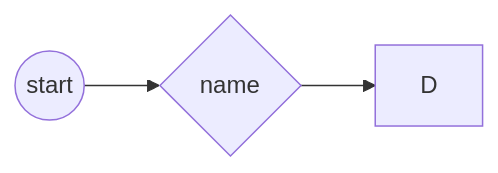
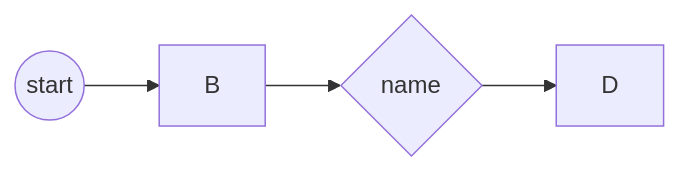
Before and after one commit to Alex-Rafter/wiki: the diagram in daily/2023-04-23.md, drawn with Mermaid.

````diff
--- a/daily/2023-04-23.md
+++ b/daily/2023-04-23.md
@@ -5,4 +5,4 @@
 ```mermaid
 graph LR;
-    A((start))-->BC{name}-->D
+    A((start))-->B-->C{name}-->D
 ```
````
